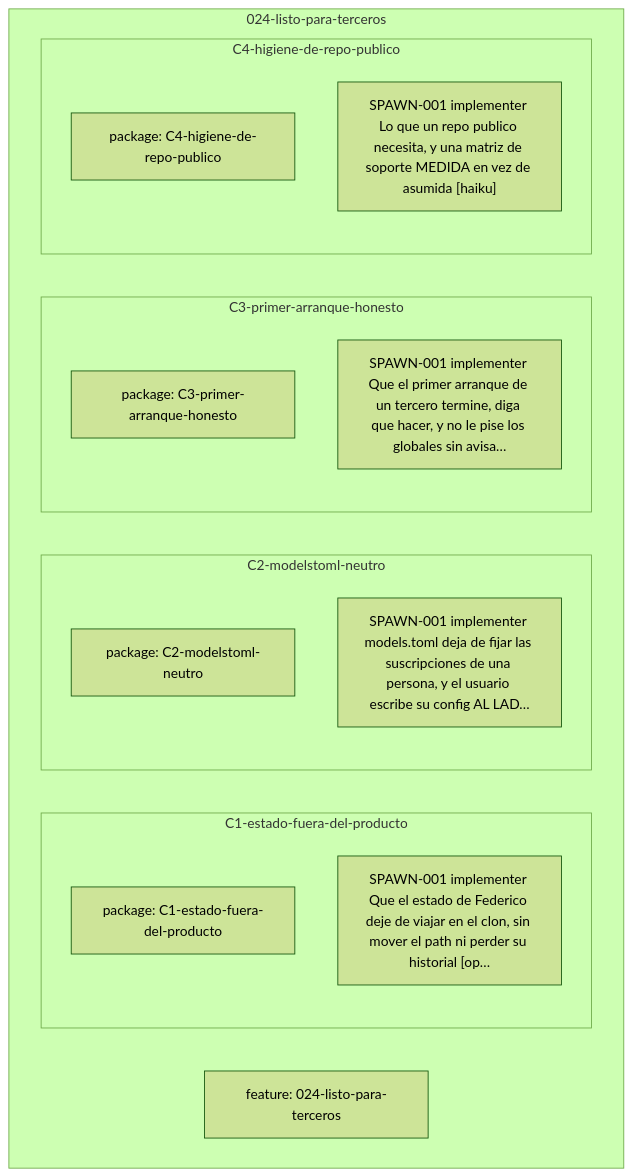
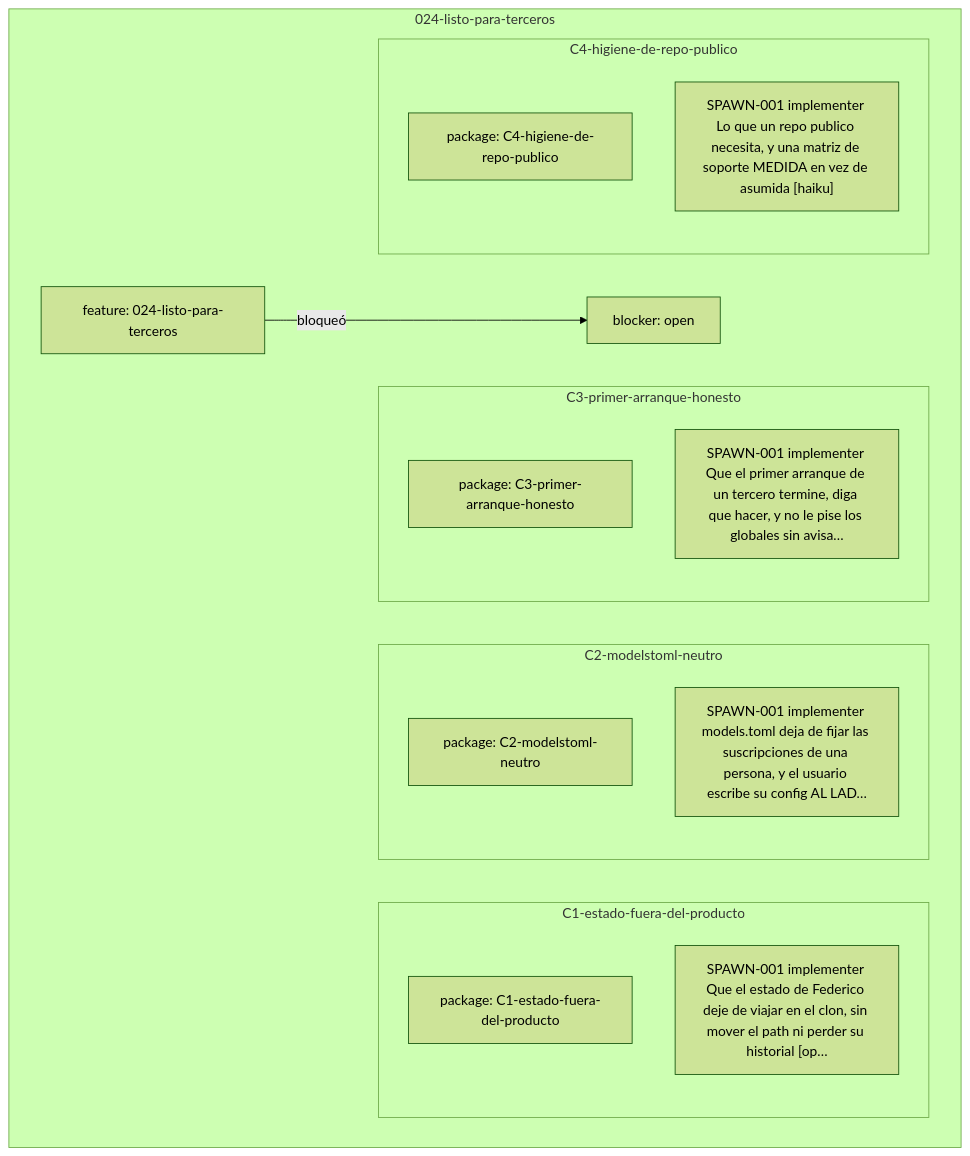
One commit to federico0330/set-agents changed the diagram in docs/notas/features/024-listo-para-terceros/grafo.md. Above: the diagram before and after it, drawn with Mermaid (forest theme). The commit also changed 46 other files, not shown here.

````diff
--- a/docs/notas/features/024-listo-para-terceros/grafo.md
+++ b/docs/notas/features/024-listo-para-terceros/grafo.md
@@ -4,22 +4,24 @@
 ```mermaid
 flowchart TD
 subgraph sg_024_listo_para_terceros["024-listo-para-terceros"]
   feature_024_listo_para_terceros_1["feature: 024-listo-para-terceros"]
+  blocker_024_listo_para_terceros_1["blocker: open"]
   subgraph sg_024_listo_para_terceros_c1_estado_fuera_del_producto["C1-estado-fuera-del-producto"]
     package_024_listo_para_terceros_c1_estado_fuera_del_producto_1["package: C1-estado-fuera-del-producto"]
     spawn_024_listo_para_terceros_c1_estado_fuera_del_producto_1["SPAWN-001 implementer Que el estado de Federico deje de viajar en el clon, sin mover el path ni perder su historial #91;op…"]
   end
   subgraph sg_024_listo_para_terceros_c2_modelstoml_neutro["C2-modelstoml-neutro"]
     package_024_listo_para_terceros_c2_modelstoml_neutro_1["package: C2-modelstoml-neutro"]
     spawn_024_listo_para_terceros_c2_modelstoml_neutro_1["SPAWN-001 implementer models.toml deja de fijar las suscripciones de una persona, y el usuario escribe su config AL LAD…"]
   end
   subgraph sg_024_listo_para_terceros_c3_primer_arranque_honesto["C3-primer-arranque-honesto"]
     package_024_listo_para_terceros_c3_primer_arranque_honesto_1["package: C3-primer-arranque-honesto"]
     spawn_024_listo_para_terceros_c3_primer_arranque_honesto_1["SPAWN-001 implementer Que el primer arranque de un tercero termine, diga que hacer, y no le pise los globales sin avisa…"]
   end
   subgraph sg_024_listo_para_terceros_c4_higiene_de_repo_publico["C4-higiene-de-repo-publico"]
     package_024_listo_para_terceros_c4_higiene_de_repo_publico_1["package: C4-higiene-de-repo-publico"]
     spawn_024_listo_para_terceros_c4_higiene_de_repo_publico_1["SPAWN-001 implementer Lo que un repo publico necesita, y una matriz de soporte MEDIDA en vez de asumida #91;haiku#93;"]
   end
 end
+feature_024_listo_para_terceros_1 -->|bloqueó| blocker_024_listo_para_terceros_1
 ```
````
